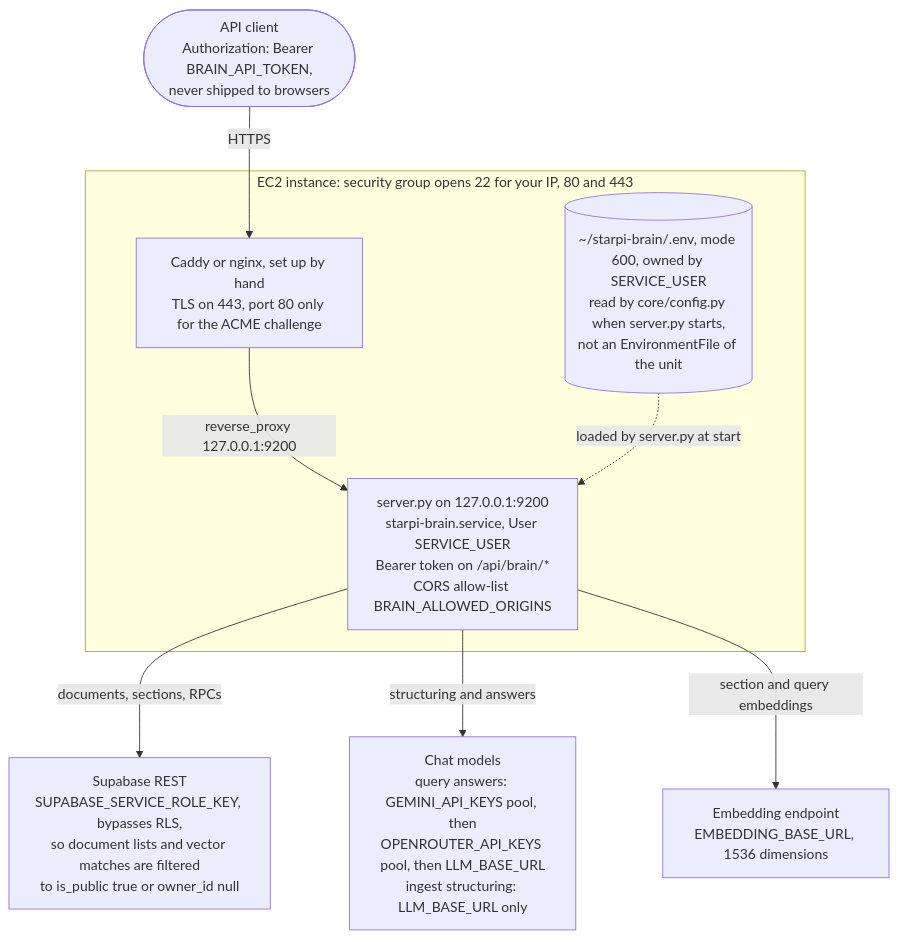
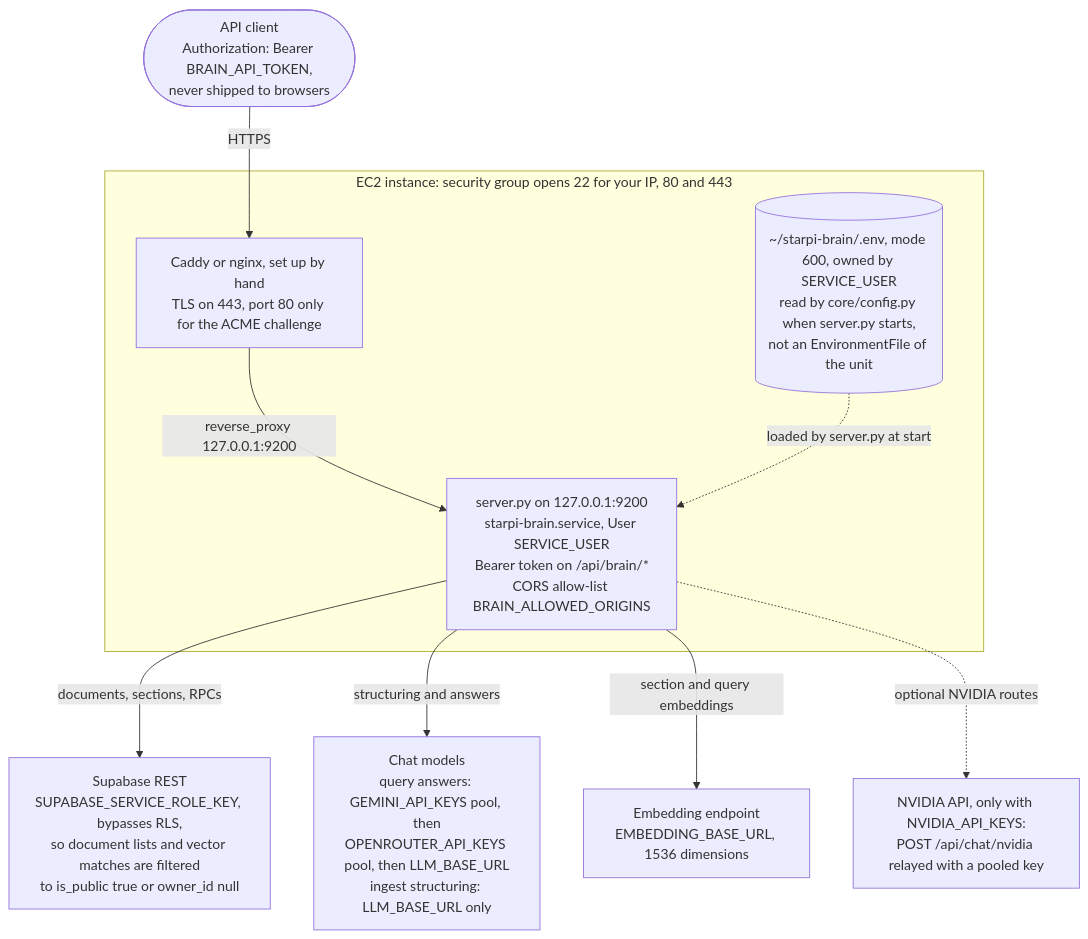
Before and after one commit to umutcantezgel-cpu/Starpi: the first of 2 diagrams in backend/aws/cloud_architecture.md, drawn with Mermaid. The commit also changed other lines of this file and 9 other files, not shown here.

````diff
--- a/backend/aws/cloud_architecture.md
+++ b/backend/aws/cloud_architecture.md
@@ -11,19 +11,21 @@
 ```mermaid
 flowchart TD
     client(["API client<br/>Authorization: Bearer BRAIN_API_TOKEN,<br/>never shipped to browsers"])
     subgraph ec2["EC2 instance: security group opens 22 for your IP, 80 and 443"]
         proxy["Caddy or nginx, set up by hand<br/>TLS on 443, port 80 only for the ACME challenge"]
         server["server.py on 127.0.0.1:9200<br/>starpi-brain.service, User SERVICE_USER<br/>Bearer token on /api/brain/*<br/>CORS allow-list BRAIN_ALLOWED_ORIGINS"]
         envf[("~/starpi-brain/.env, mode 600, owned by SERVICE_USER<br/>read by core/config.py when server.py starts,<br/>not an EnvironmentFile of the unit")]
     end
     supa["Supabase REST<br/>SUPABASE_SERVICE_ROLE_KEY, bypasses RLS,<br/>so document lists and vector matches are filtered<br/>to is_public true or owner_id null"]
     llm["Chat models<br/>query answers: GEMINI_API_KEYS pool, then<br/>OPENROUTER_API_KEYS pool, then LLM_BASE_URL<br/>ingest structuring: LLM_BASE_URL only"]
     emb["Embedding endpoint<br/>EMBEDDING_BASE_URL, 1536 dimensions"]
+    nvapi["NVIDIA API, only with NVIDIA_API_KEYS:<br/>POST /api/chat/nvidia relayed with a pooled key"]
 
     client -->|"HTTPS"| proxy
     proxy -->|"reverse_proxy 127.0.0.1:9200"| server
     envf -.->|"loaded by server.py at start"| server
     server -->|"documents, sections, RPCs"| supa
     server -->|"structuring and answers"| llm
     server -->|"section and query embeddings"| emb
+    server -.->|"optional NVIDIA routes"| nvapi
 ```
````
